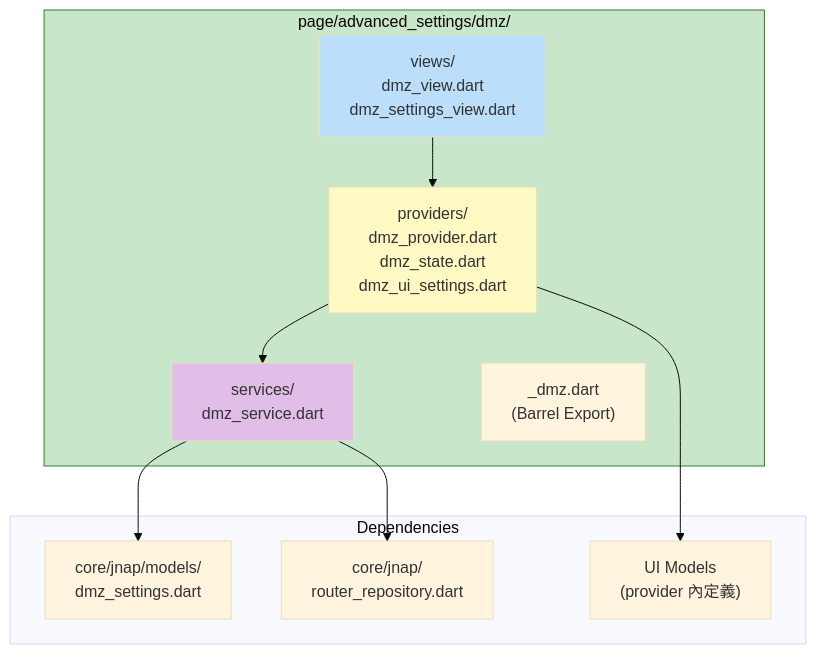
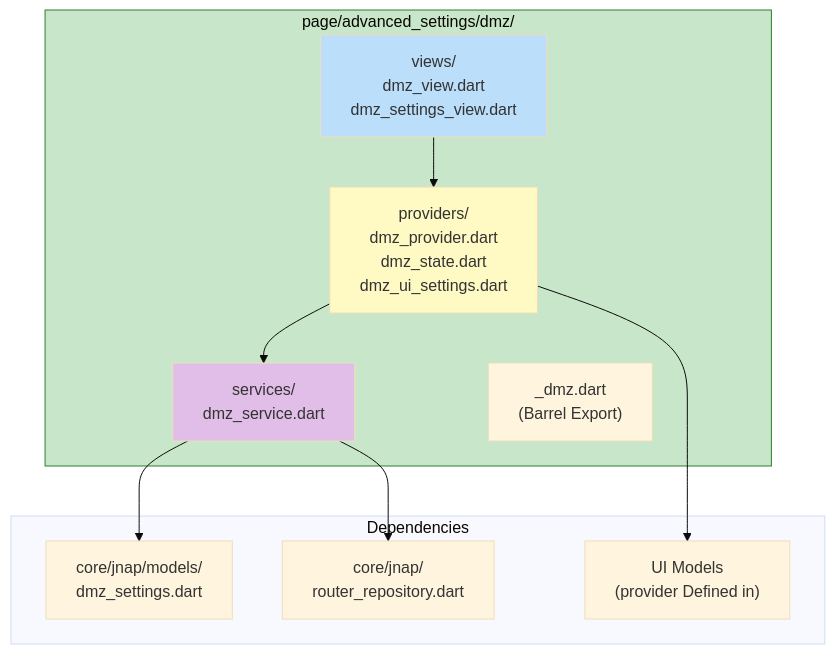
One commit to linksys/PrivacyGUI changed the fourth of 12 diagrams in doc/architecture_analysis_2026-01-16.md. Above: the diagram before and after it, drawn with Mermaid (base theme). The commit also changed other lines of this file and 58 other files, not shown here.

````diff
--- a/doc/architecture_analysis_2026-01-16.md
+++ b/doc/architecture_analysis_2026-01-16.md
@@ -245,26 +245,26 @@
 ```mermaid
 graph TB
     subgraph DMZModule["page/advanced_settings/dmz/"]
         Views["views/<br/>dmz_view.dart<br/>dmz_settings_view.dart"]
         Providers["providers/<br/>dmz_provider.dart<br/>dmz_state.dart<br/>dmz_ui_settings.dart"]
         Services["services/<br/>dmz_service.dart"]
         Barrel["_dmz.dart<br/>(Barrel Export)"]
     end
     
     subgraph Dependencies["Dependencies"]
         CoreJNAP["core/jnap/models/<br/>dmz_settings.dart"]
         RouterRepo["core/jnap/<br/>router_repository.dart"]
-        UIModels["UI Models<br/>(provider 內定義)"]
+        UIModels["UI Models<br/>(provider Defined in)"]
     end
     
     Views --> Providers
     Providers --> Services
     Providers --> UIModels
     Services --> CoreJNAP
     Services --> RouterRepo
     
     style DMZModule fill:#c8e6c9,stroke:#2e7d32
     style Views fill:#bbdefb
     style Providers fill:#fff9c4
     style Services fill:#e1bee7
 ```
````
